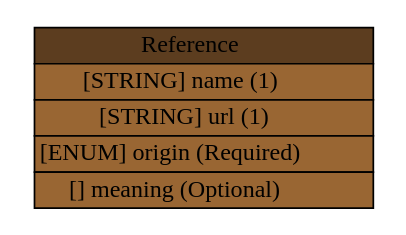
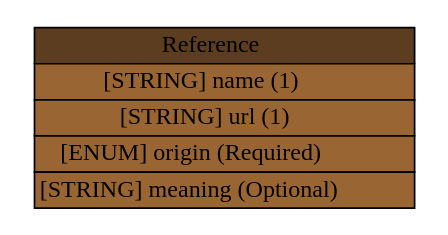
One commit to Moutix/idmef_parser changed the diagram in idmef/graph/Reference.dot. Above: the diagram before and after it, drawn with Graphviz. The commit also changed 95 other files, not shown here.

Commit message:
Complete IDMEF schema

```diff
--- a/idmef/graph/Reference.dot
+++ b/idmef/graph/Reference.dot
@@ -1,6 +1,6 @@
 digraph Reference {
 	graph [rankdir=LR];
 	node [label="\N"];
-	graph [bb="0,0,200,108"];
-	Reference [label=<<table BORDER="0" CELLBORDER="1" CELLSPACING="0"> <tr > <td BGCOLOR="#5c3d1f" HREF="#" TITLE="The Reference class provides the &quot;name&quot; of an alert, or other information allowing the manager to determine what it is. ">Reference</td> </tr>" %<tr><td BGCOLOR="#996633" HREF="#" TITLE="The name of the alert, from one of the origins listed below.">[STRING] name (1) </td></tr>%<tr><td BGCOLOR="#996633" HREF="#" TITLE="A URL at which the manager (or the human operator of the manager) can find additional information about the alert.  The document pointed to by the URL may include an in-depth description of the attack, appropriate countermeasures, or other information deemed relevant by the vendor.">[STRING] url (1) </td></tr>%<tr><td BGCOLOR="#996633" HREF="#" TITLE="The source from which the name of the alert originates. The permitted values for this attribute are shown below.  The default value is &quot;unknown&quot;.  (See also Section 10.)">[ENUM] origin (Required) </td></tr>%<tr><td BGCOLOR="#996633" HREF="#" TITLE="The meaning of the reference, as understood by the alert provider.  This field is only valid if the value of the &lt;origin&gt; attribute is set to &quot;vendor-specific&quot; or &quot;user-specific&quot;.">[] meaning (Optional) </td></tr>%</table>>, shape=plaintext, pos="100,54", width="2.7778", height="1.5139"];
+	graph [bb="0,0,230,108"];
+	Reference [label=<<table BORDER="0" CELLBORDER="1" CELLSPACING="0"> <tr > <td BGCOLOR="#5c3d1f" HREF="#" TITLE="The Reference class provides the &quot;name&quot; of an alert, or other information allowing the manager to determine what it is. ">Reference</td> </tr>" %<tr><td BGCOLOR="#996633" HREF="#" TITLE="The name of the alert, from one of the origins listed below.">[STRING] name (1) </td></tr>%<tr><td BGCOLOR="#996633" HREF="#" TITLE="A URL at which the manager (or the human operator of the manager) can find additional information about the alert.  The document pointed to by the URL may include an in-depth description of the attack, appropriate countermeasures, or other information deemed relevant by the vendor.">[STRING] url (1) </td></tr>%<tr><td BGCOLOR="#996633" HREF="#" TITLE="The source from which the name of the alert originates. The permitted values for this attribute are shown below.  The default value is &quot;unknown&quot;.  (See also Section 10.)">[ENUM] origin (Required) </td></tr>%<tr><td BGCOLOR="#996633" HREF="#" TITLE="The meaning of the reference, as understood by the alert provider.  This field is only valid if the value of the &lt;origin&gt; attribute is set to &quot;vendor-specific&quot; or &quot;user-specific&quot;.">[STRING] meaning (Optional) </td></tr>%</table>>, shape=plaintext, pos="115,54", width="3.1944", height="1.5139"];
 }
```
